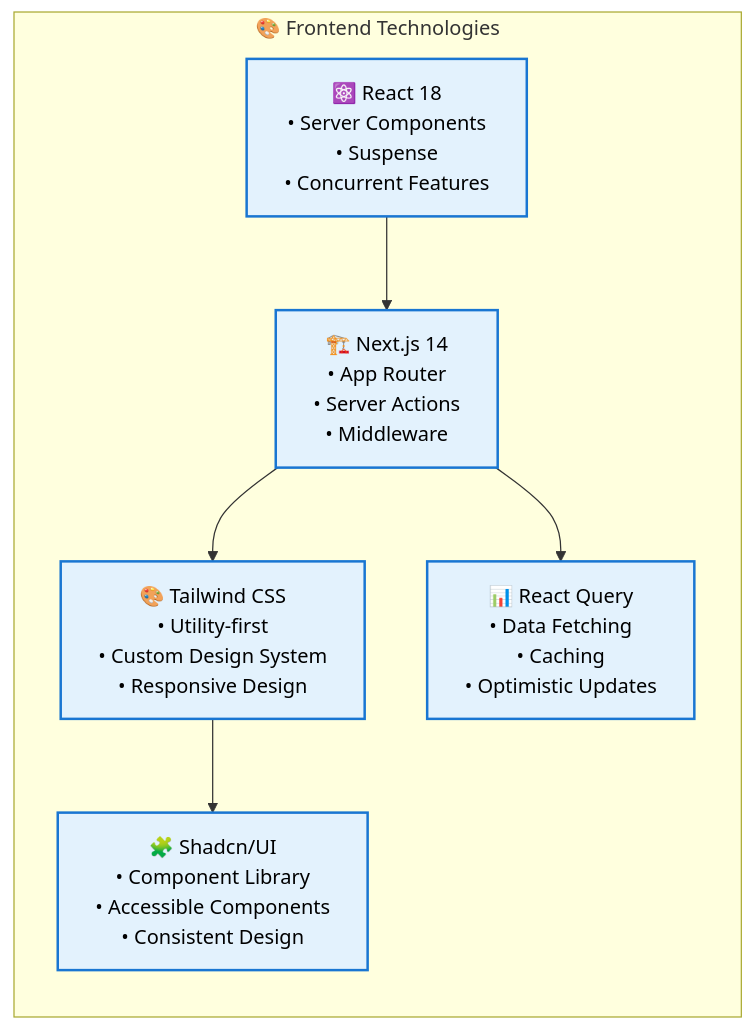
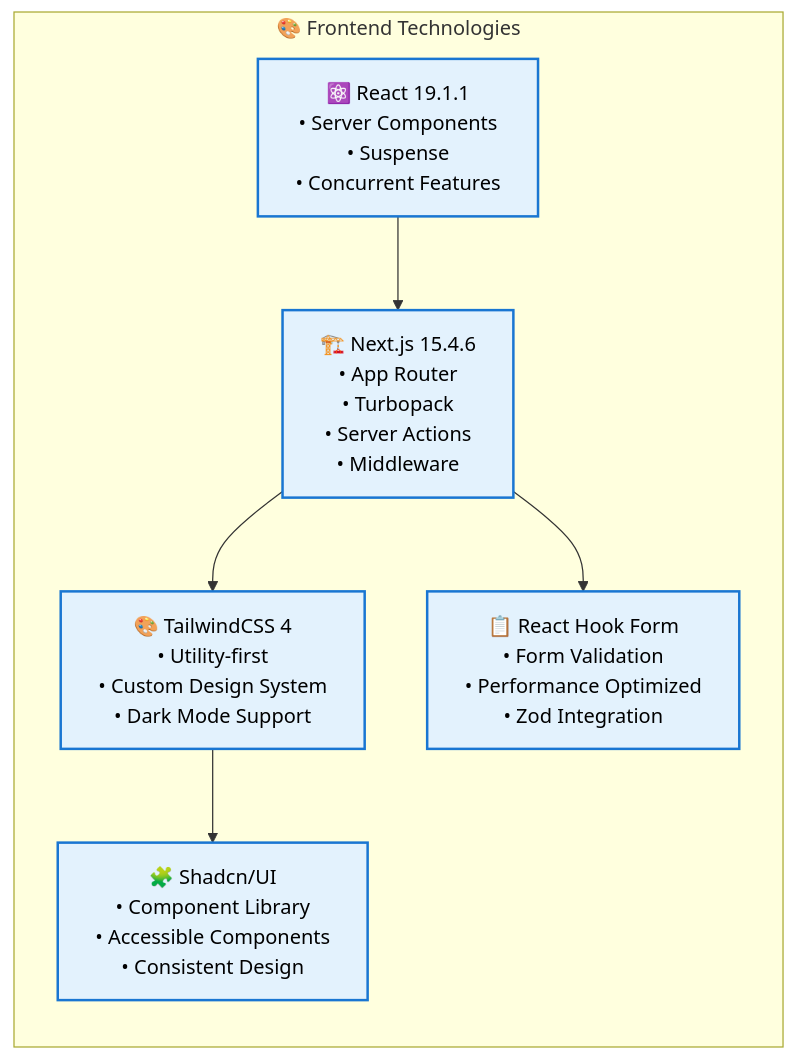
One commit to supercheck-io/supercheck-core changed the fifth of 11 diagrams in .specs/SUPERCHECK_ARCHITECTURE.md. Above: the diagram before and after it, drawn with Mermaid. The commit also changed other lines of this file and 26 other files, not shown here.

````diff
--- a/.specs/SUPERCHECK_ARCHITECTURE.md
+++ b/.specs/SUPERCHECK_ARCHITECTURE.md
@@ -295,18 +310,18 @@
 ```mermaid
 graph LR
     subgraph "🎨 Frontend Technologies"
-        F1[⚛️ React 18<br/>• Server Components<br/>• Suspense<br/>• Concurrent Features]
-        F2[🏗️ Next.js 14<br/>• App Router<br/>• Server Actions<br/>• Middleware]
-        F3[🎨 Tailwind CSS<br/>• Utility-first<br/>• Custom Design System<br/>• Responsive Design]
+        F1[⚛️ React 19.1.1<br/>• Server Components<br/>• Suspense<br/>• Concurrent Features]
+        F2[🏗️ Next.js 15.4.6<br/>• App Router<br/>• Turbopack<br/>• Server Actions<br/>• Middleware]
+        F3[🎨 TailwindCSS 4<br/>• Utility-first<br/>• Custom Design System<br/>• Dark Mode Support]
         F4[🧩 Shadcn/UI<br/>• Component Library<br/>• Accessible Components<br/>• Consistent Design]
-        F5[📊 React Query<br/>• Data Fetching<br/>• Caching<br/>• Optimistic Updates]
+        F5[📋 React Hook Form<br/>• Form Validation<br/>• Performance Optimized<br/>• Zod Integration]
     end
     
     F1 --> F2
     F2 --> F3
     F3 --> F4
     F2 --> F5
     
     classDef tech fill:#e3f2fd,stroke:#1976d2,stroke-width:2px,color:#000
     class F1,F2,F3,F4,F5 tech
 ```
````
